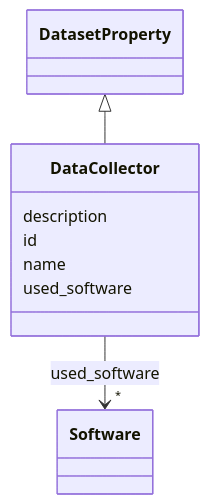
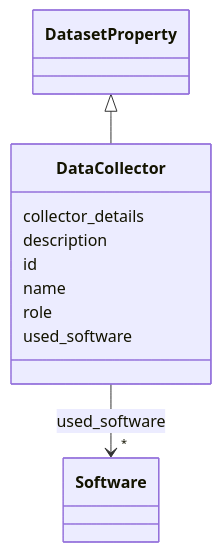
One commit to bridge2ai/data-sheets-schema changed the diagram in docs/DataCollector.md. Above: the diagram before and after it, drawn with Mermaid. The commit also changed other lines of this file and 682 other files, not shown here.

````diff
--- a/docs/DataCollector.md
+++ b/docs/DataCollector.md
@@ -20,26 +20,30 @@
 ```mermaid
  classDiagram
     class DataCollector
     click DataCollector href "../DataCollector/"
       DatasetProperty <|-- DataCollector
         click DatasetProperty href "../DatasetProperty/"
       
+      DataCollector : collector_details
+        
       DataCollector : description
         
       DataCollector : id
         
       DataCollector : name
+        
+      DataCollector : role
         
       DataCollector : used_software
         
           
     
         
         
         DataCollector --> "*" Software : used_software
         click Software href "../Software/"
     
 
         
       
 ```
````
